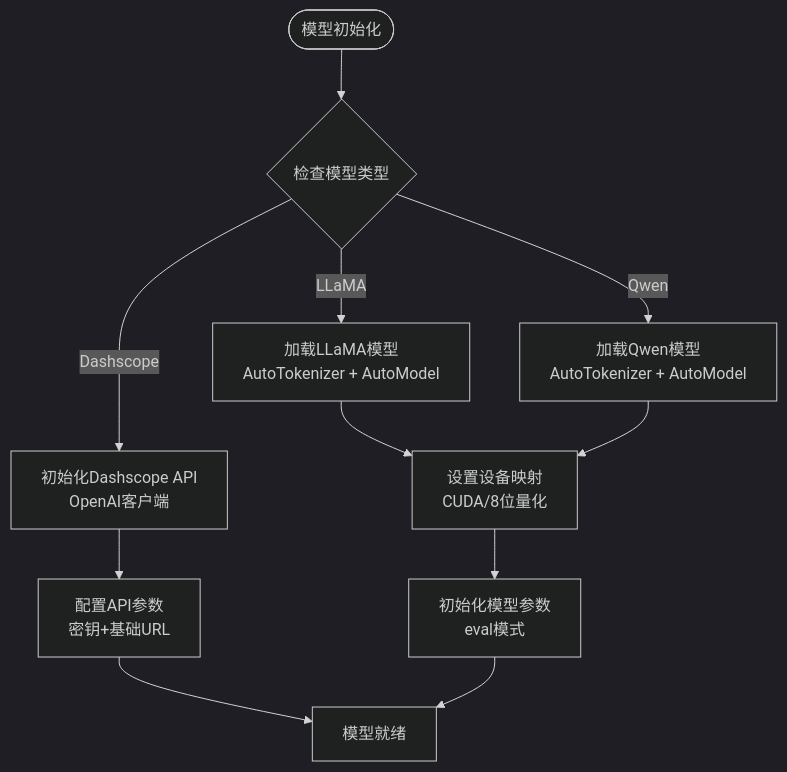
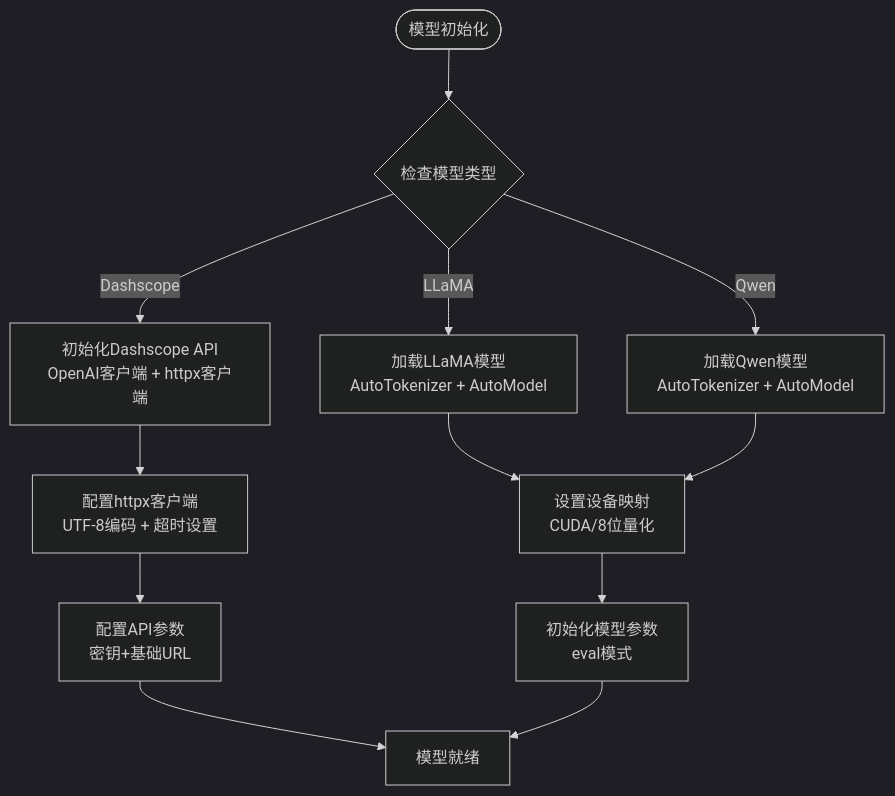
One commit to kitee0918/-nlp-rag-project changed the fifth of 8 diagrams in .qoder/repowiki/zh/content/技术实现指南/生成模型集成.md. Above: the diagram before and after it, drawn with Mermaid (dark theme). The commit also changed other lines of this file and 5 other files, not shown here.

First line of the commit message:
feat(http-client): 优化HTTP客户端支持UTF-8编码和超时配置

````diff
--- a/.qoder/repowiki/zh/content/技术实现指南/生成模型集成.md
+++ b/.qoder/repowiki/zh/content/技术实现指南/生成模型集成.md
@@ -299,13 +342,14 @@
 ```mermaid
 flowchart TD
 Start([模型初始化]) --> CheckType{"检查模型类型"}
 CheckType --> |LLaMA| LoadLLaMA["加载LLaMA模型<br/>AutoTokenizer + AutoModel"]
 CheckType --> |Qwen| LoadQwen["加载Qwen模型<br/>AutoTokenizer + AutoModel"]
-CheckType --> |Dashscope| LoadAPI["初始化Dashscope API<br/>OpenAI客户端"]
+CheckType --> |Dashscope| LoadAPI["初始化Dashscope API<br/>OpenAI客户端 + httpx客户端"]
 LoadLLaMA --> SetupDevice["设置设备映射<br/>CUDA/8位量化"]
 LoadQwen --> SetupDevice
-LoadAPI --> SetupConfig["配置API参数<br/>密钥+基础URL"]
+LoadAPI --> SetupHttpClient["配置httpx客户端<br/>UTF-8编码 + 超时设置"]
 SetupDevice --> InitModel["初始化模型参数<br/>eval模式"]
+SetupHttpClient --> SetupConfig["配置API参数<br/>密钥+基础URL"]
 SetupConfig --> Ready["模型就绪"]
 InitModel --> Ready
 ```
````
